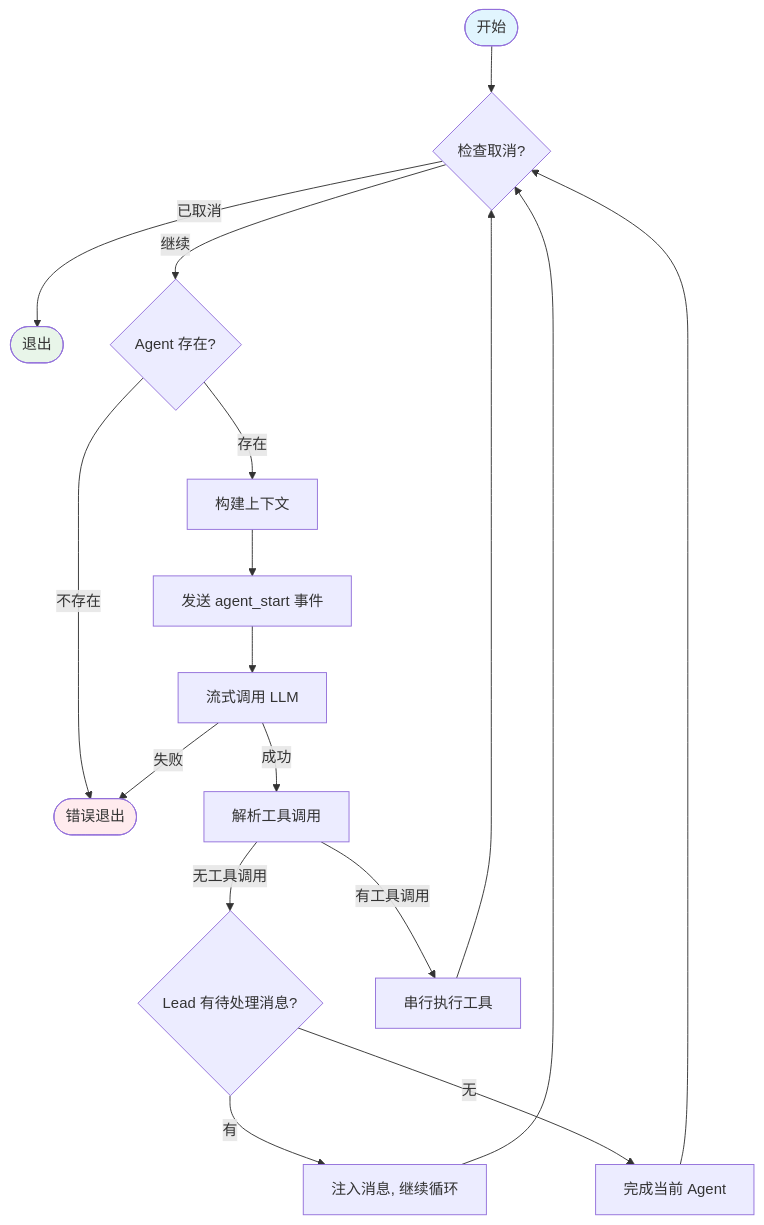
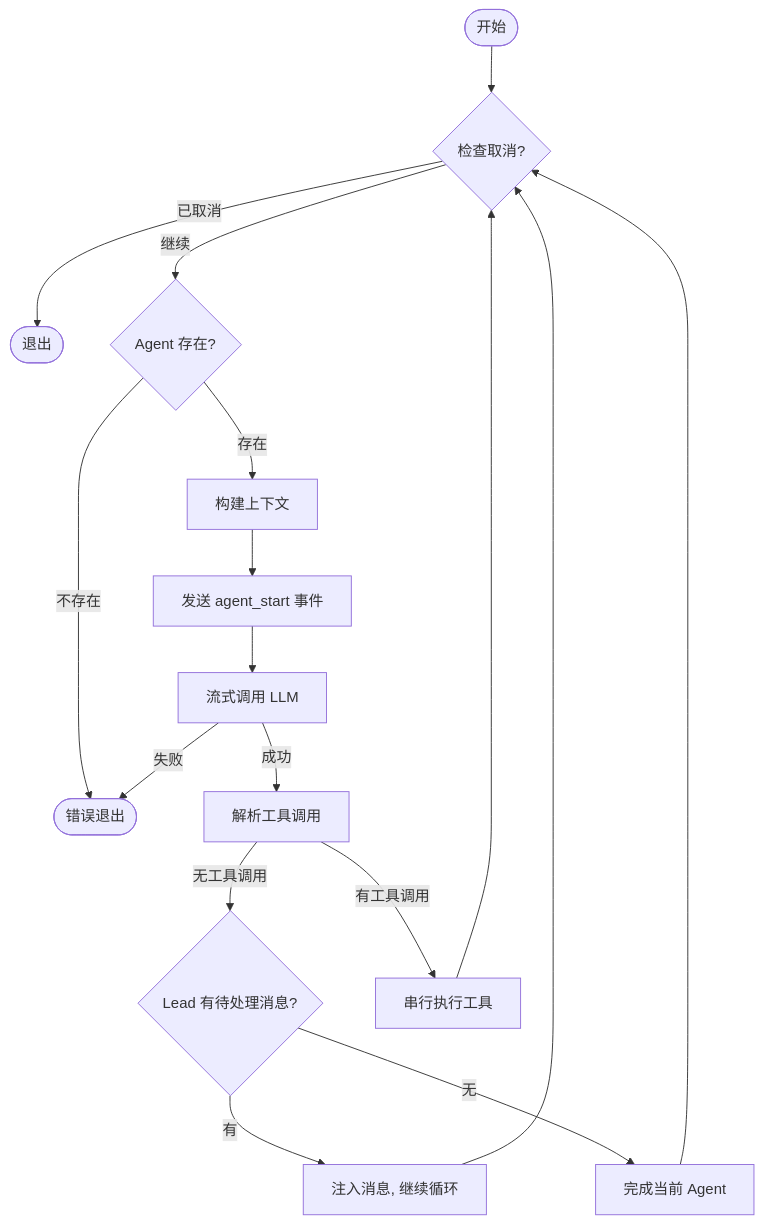
Before and after one commit to Neutrino1998/artifact-flow: the first of 3 diagrams in docs/architecture/engine.md, drawn with Mermaid. The commit also changed other lines of this file and 4 other files, not shown here.

First line of the commit message:
docs: drop custom mermaid fill colors for dark-mode readability

````diff
--- a/docs/architecture/engine.md
+++ b/docs/architecture/engine.md
@@ -28,23 +28,19 @@
 ```mermaid
 flowchart TD
     START([开始]) --> CHECK_CANCEL{检查取消?}
     CHECK_CANCEL -->|已取消| EXIT([退出])
     CHECK_CANCEL -->|继续| VALIDATE{Agent 存在?}
     VALIDATE -->|不存在| ERROR([错误退出])
     VALIDATE -->|存在| BUILD[构建上下文]
     BUILD --> AGENT_START[发送 agent_start 事件]
     AGENT_START --> LLM[流式调用 LLM]
     LLM -->|失败| ERROR
     LLM -->|成功| PARSE[解析工具调用]
     PARSE -->|无工具调用| DRAIN{Lead 有待处理消息?}
     DRAIN -->|有| CONTINUE[注入消息, 继续循环]
     DRAIN -->|无| COMPLETE[完成当前 Agent]
     PARSE -->|有工具调用| EXEC[串行执行工具]
     EXEC --> CHECK_CANCEL
     COMPLETE --> CHECK_CANCEL
     CONTINUE --> CHECK_CANCEL
-
-    style START fill:#e1f5fe
-    style EXIT fill:#e8f5e9
-    style ERROR fill:#ffebee
 ```
````
